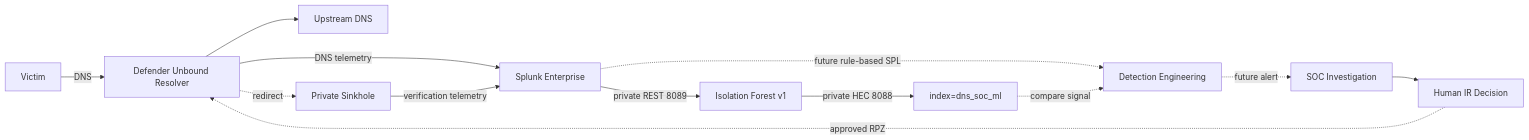
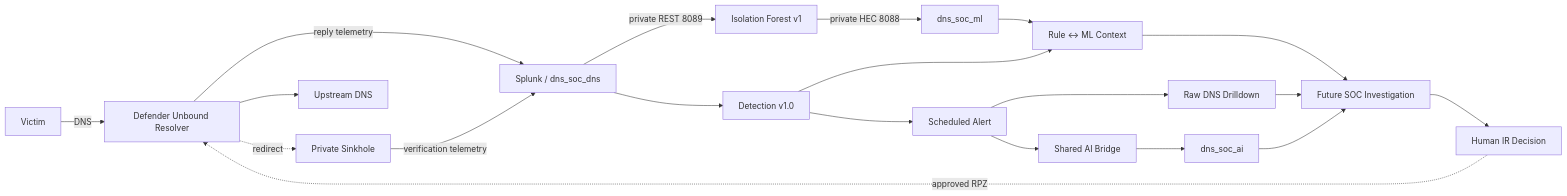
Before and after one commit to DNSentinel-Lab/Scenario-02-DGA: the first of 2 diagrams in README.md, drawn with Mermaid. The commit also changed other lines of this file and 3 other files, not shown here.

````diff
--- a/README.md
+++ b/README.md
@@ -57,15 +57,26 @@
 ```mermaid
 flowchart LR
     V[Victim] -->|DNS| U[Defender Unbound Resolver]
-    U -->|DNS telemetry| SPL[Splunk Enterprise]
+    U -->|reply telemetry| SPL[Splunk / dns_soc_dns]
     U --> UP[Upstream DNS]
+
     SPL -->|private REST 8089| ML[Isolation Forest v1]
-    ML -->|private HEC 8088| MLI[index=dns_soc_ml]
-    SPL -. future rule-based SPL .-> RULE[Detection Engineering]
-    MLI -. compare signal .-> RULE
-    RULE -. future alert .-> SOC[SOC Investigation]
+    ML -->|private HEC 8088| MLI[dns_soc_ml]
+
+    SPL --> RULE[Detection v1.0]
+    RULE --> CMP[Rule ↔ ML Context]
+    MLI --> CMP
+
+    RULE --> ALERT[Scheduled Alert]
+    ALERT --> RAW[Raw DNS Drilldown]
+    ALERT --> AI[Shared AI Bridge]
+    AI --> AII[dns_soc_ai]
+
+    RAW --> SOC[Future SOC Investigation]
+    CMP --> SOC
+    AII --> SOC
     SOC --> IR[Human IR Decision]
     IR -. approved RPZ .-> U
     U -. redirect .-> SH[Private Sinkhole]
     SH -->|verification telemetry| SPL
 ```
````
